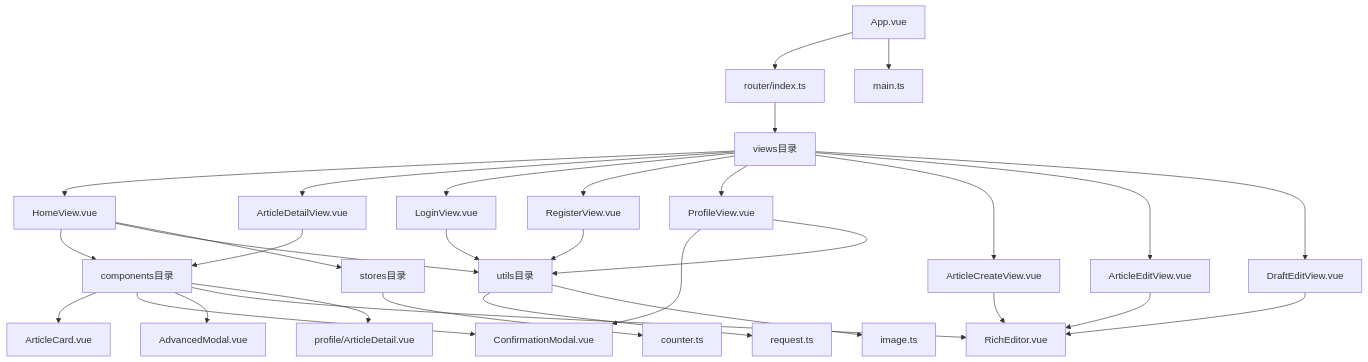
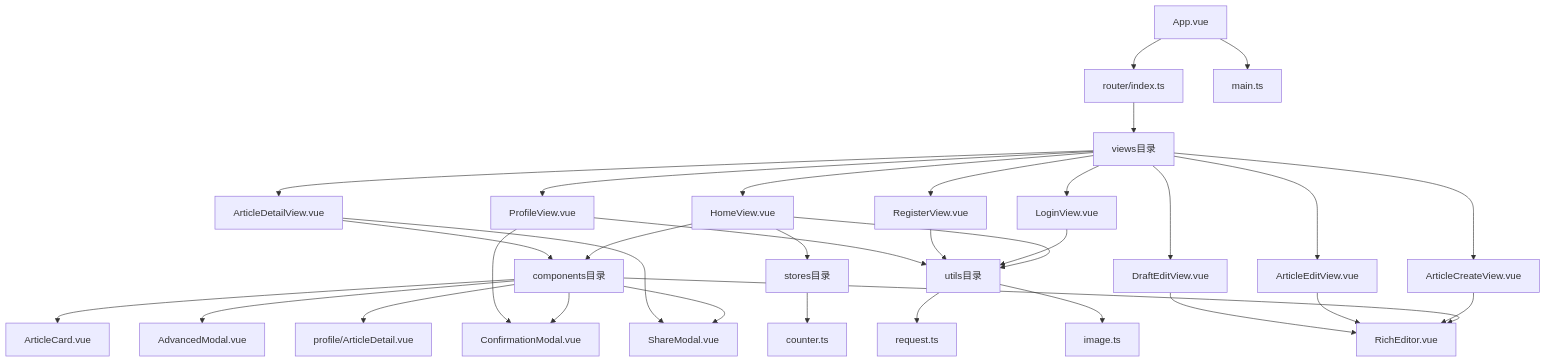
One commit to 20164206160/zhishilu changed diagram 21 of 21 in .qoder/repowiki/zh/content/Vue组件库.md. Above: the diagram before and after it, drawn with Mermaid. The commit also changed other lines of this file and 16 other files, not shown here.

````diff
--- a/.qoder/repowiki/zh/content/Vue组件库.md
+++ b/.qoder/repowiki/zh/content/Vue组件库.md
@@ -675,33 +786,35 @@
 ```mermaid
 graph TD
 App[App.vue] --> Router[router/index.ts]
 Router --> Views[views目录]
 Views --> HomeView[HomeView.vue]
 Views --> ArticleDetailView[ArticleDetailView.vue]
 Views --> LoginView[LoginView.vue]
 Views --> RegisterView[RegisterView.vue]
 Views --> ProfileView[ProfileView.vue]
 Views --> ArticleCreateView[ArticleCreateView.vue]
 Views --> ArticleEditView[ArticleEditView.vue]
 Views --> DraftEditView[DraftEditView.vue]
 HomeView --> Components[components目录]
 Components --> ArticleCard[ArticleCard.vue]
 Components --> ConfirmationModal[ConfirmationModal.vue]
 Components --> AdvancedModal[AdvancedModal.vue]
 Components --> RichEditor[RichEditor.vue]
+Components --> ShareModal[ShareModal.vue]
 ArticleDetailView --> Components
 Components --> ProfileArticleDetail[profile/ArticleDetail.vue]
 ArticleCreateView --> RichEditor
 ArticleEditView --> RichEditor
 DraftEditView --> RichEditor
 ProfileView --> ConfirmationModal
 HomeView --> Utils[utils目录]
 LoginView --> Utils
 RegisterView --> Utils
 ProfileView --> Utils
 Utils --> Request[request.ts]
 Utils --> Image[image.ts]
 HomeView --> Stores[stores目录]
 Stores --> Counter[counter.ts]
 App --> Main[main.ts]
+ArticleDetailView --> ShareModal
 ```
````
